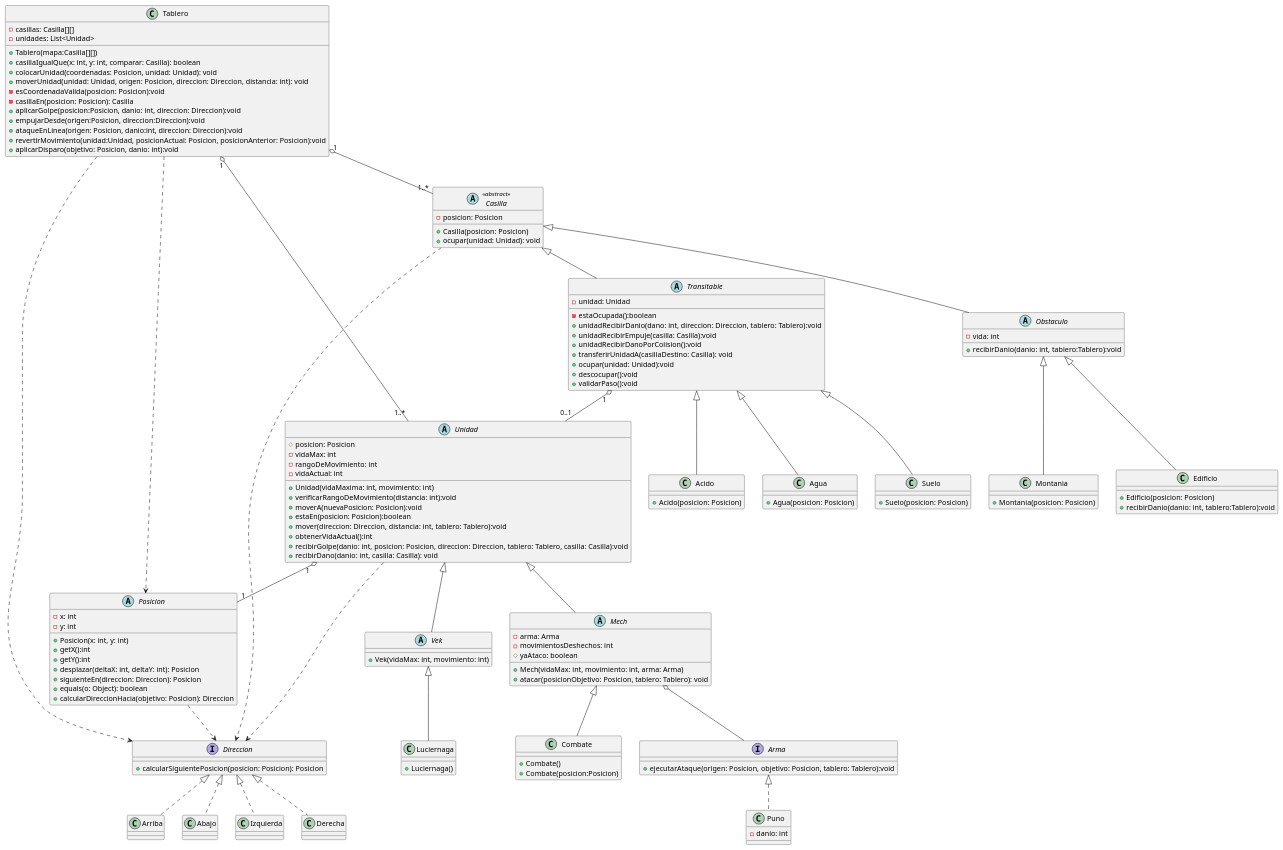
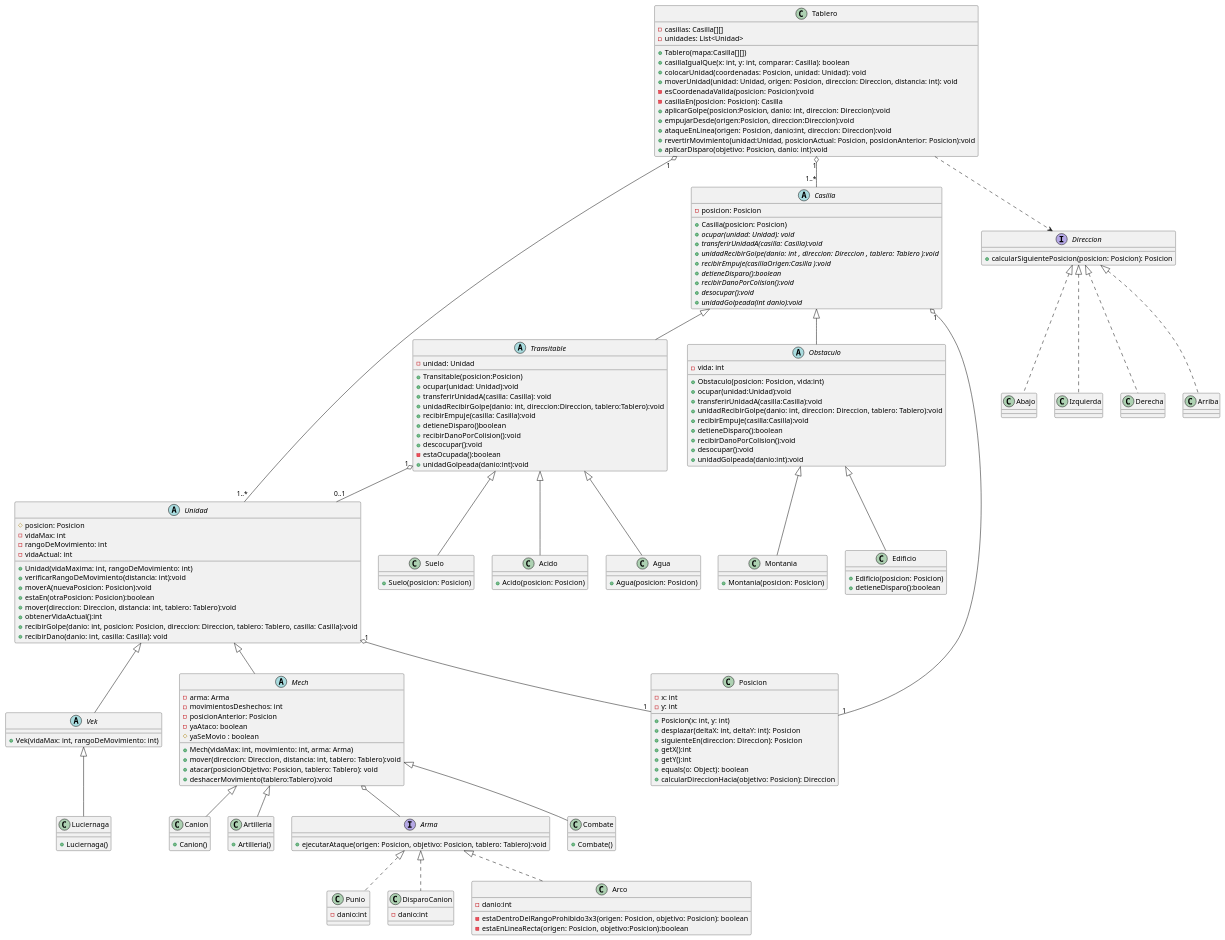
The diagram in diagrams/Entrega1/DiagramaClase.puml (MarianoArgerich/TP2_Paradigmas_Suarez), drawn with PlantUML before and after one commit. The commit also changed 1 other file, not shown here.

Commit message:
Actualizacion del diagrama de clases y mini fix en casilla.java

```diff
--- a/diagrams/Entrega1/DiagramaClase.puml
+++ b/diagrams/Entrega1/DiagramaClase.puml
@@ -19,12 +19,19 @@
 
 }
 
-abstract class Casilla <<abstract>> {
+abstract class Casilla {
 
         - posicion: Posicion
 
         + Casilla(posicion: Posicion)
-        + ocupar(unidad: Unidad): void
+        + {abstract} ocupar(unidad: Unidad): void
+        + {abstract} transferirUnidadA(casilla: Casilla):void
+        + {abstract} unidadRecibirGolpe(danio: int , direccion: Direccion , tablero: Tablero ):void
+        + {abstract} recibirEmpuje(casillaOrigen:Casilla ):void
+        + {abstract} detieneDisparo():boolean
+        + {abstract} recibirDanoPorColision():void
+        + {abstract} desocupar():void
+        + {abstract} unidadGolpeada(int danio):void
 
 
 }
@@ -33,21 +40,31 @@
 abstract class Transitable extends Casilla{
         - unidad: Unidad
 
+        + Transitable(posicion:Posicion)
+        + ocupar(unidad: Unidad):void
+        + transferirUnidadA(casilla: Casilla): void
+        + unidadRecibirGolpe(danio: int, direccion:Direccion, tablero:Tablero):void
+        + recibirEmpuje(casilla: Casilla):void
+        + detieneDisparo()boolean
+        + recibirDanoPorColision():void
+        + descocupar():void
         - estaOcupada():boolean
-        + unidadRecibirDanio(dano: int, direccion: Direccion, tablero: Tablero):void
-        + unidadRecibirEmpuje(casilla: Casilla):void
-        + unidadRecibirDanoPorColision():void
-        + transferirUnidadA(casillaDestino: Casilla): void
-        + ocupar(unidad: Unidad):void
-        + descocupar():void
-        + validarPaso():void
+        + unidadGolpeada(danio:int):void
 
 }
 
 abstract class Obstaculo extends Casilla{
         - vida: int
 
-        + recibirDanio(danio: int, tablero:Tablero):void
+        + Obstaculo(posicion: Posicion, vida:int)
+        + ocupar(unidad:Unidad):void
+        + transferirUnidadA(casilla:Casilla):void
+        + unidadRecibirGolpe(danio: int, direccion: Direccion, tablero: Tablero):void
+        + recibirEmpuje(casilla:Casilla):void
+        + detieneDisparo():boolean
+        + recibirDanoPorColision():void
+        + desocupar():void
+        + unidadGolpeada(danio:int):void
 }
 
 
@@ -57,10 +74,10 @@
         - rangoDeMovimiento: int
         - vidaActual: int
 
-        + Unidad(vidaMaxima: int, movimiento: int)
+        + Unidad(vidaMaxima: int, rangoDeMovimiento: int)
         + verificarRangoDeMovimiento(distancia: int):void
         + moverA(nuevaPosicion: Posicion):void
-        + estaEn(posicion: Posicion):boolean
+        + estaEn(otraPosicion: Posicion):boolean
         + mover(direccion: Direccion, distancia: int, tablero: Tablero):void
         + obtenerVidaActual():int
         + recibirGolpe(danio: int, posicion: Posicion, direccion: Direccion, tablero: Tablero, casilla: Casilla):void
@@ -68,15 +85,15 @@
 
 }
 
-abstract class Posicion {
+class Posicion {
         - x: int
         - y: int
 
         + Posicion(x: int, y: int)
+        + desplazar(deltaX: int, deltaY: int): Posicion
+        + siguienteEn(direccion: Direccion): Posicion
         + getX():int
         + getY():int
-        + desplazar(deltaX: int, deltaY: int): Posicion
-        + siguienteEn(direccion: Direccion): Posicion
         + equals(o: Object): boolean
         + calcularDireccionHacia(objetivo: Posicion): Direccion
 }
@@ -91,9 +108,6 @@
        + ejecutarAtaque(origen: Posicion, objetivo: Posicion, tablero: Tablero):void
 }
 
-class Puno implements Arma {
-        - danio: int
-}
 
 class Acido extends Transitable {
        + Acido(posicion: Posicion)
@@ -110,7 +124,7 @@
 class Edificio extends Obstaculo {
 
        + Edificio(posicion: Posicion)
-       + recibirDanio(danio: int, tablero:Tablero):void
+       + detieneDisparo():boolean
 
 }
 
@@ -136,39 +150,60 @@
 abstract class Mech extends Unidad{
         - arma: Arma
         - movimientosDeshechos: int
-        # yaAtaco: boolean
+        - posicionAnterior: Posicion
+        - yaAtaco: boolean
+        # yaSeMovio : boolean
 
         + Mech(vidaMax: int, movimiento: int, arma: Arma)
+        + mover(direccion: Direccion, distancia: int, tablero: Tablero):void
         + atacar(posicionObjetivo: Posicion, tablero: Tablero): void
+        + deshacerMovimiento(tablero:Tablero):void
 }
 
 abstract class Vek extends Unidad{
 
-        + Vek(vidaMax: int, movimiento: int)
+        + Vek(vidaMax: int, rangoDeMovimiento: int)
 }
 
 class Combate extends Mech{
         + Combate()
-        + Combate(posicion:Posicion)
+}
+
+class Canion extends Mech{
+        + Canion()
+}
+
+class Artilleria extends Mech{
+        + Artilleria()
 }
 
 class Luciernaga extends Vek{
         + Luciernaga()
 }
 
+class Punio implements Arma{
+        -danio:int
+}
+
+class DisparoCanion implements Arma{
+        -danio:int
+}
+
+class Arco implements Arma{
+        -danio:int
+
+        - estaDentroDelRangoProhibido3x3(origen: Posicion, objetivo: Posicion): boolean
+        - estaEnLineaRecta(origen: Posicion, objetivo:Posicion):boolean
+}
+
 Tablero"1" o-- "1..*"Casilla
 Tablero"1" o-- "1..*"Unidad
 Tablero ..> Direccion
-Tablero ..> Posicion
-
 Transitable"1" o-- "0..1"Unidad
 
-Casilla ..> Direccion
+Casilla"1" o-- "1"Posicion
 Unidad"1" o-- "1"Posicion
-Unidad ..> Direccion
 
-
-Posicion ..> Direccion
 Mech o-- Arma
 
 
```
